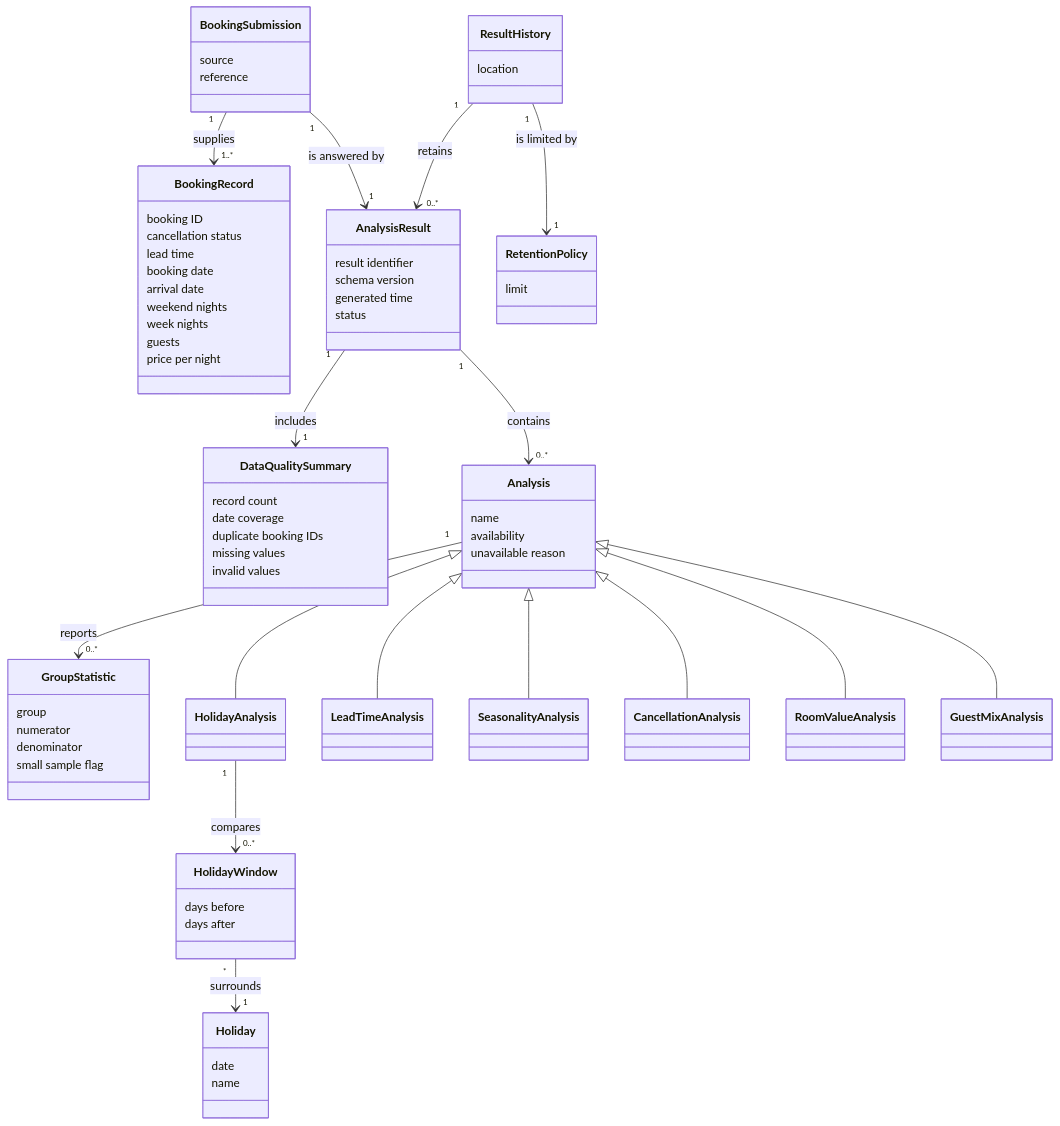
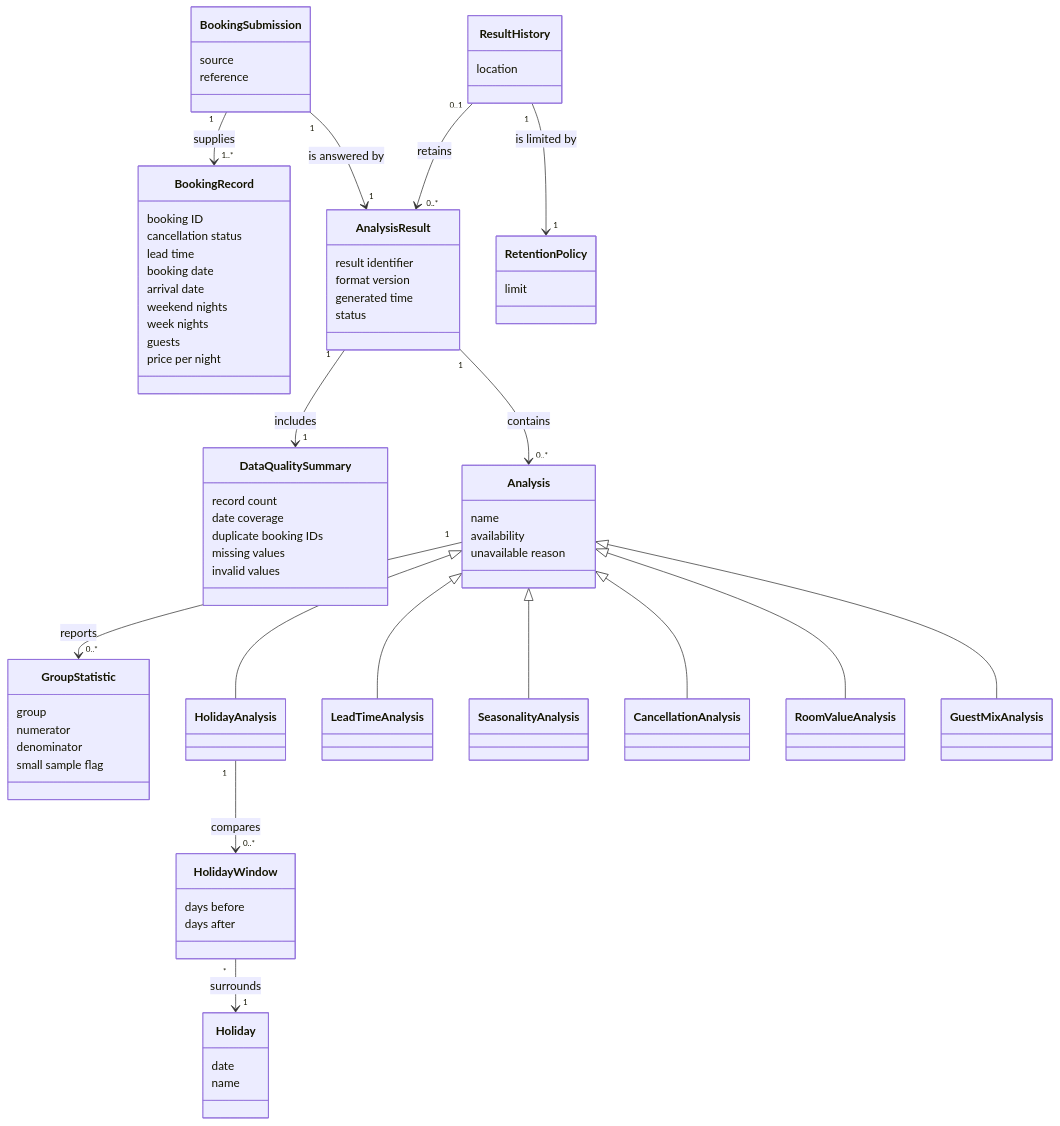
One commit to NF-Hotel/Notebook_Market_Analysis changed the diagram in docs/domain-model.md. Above: the diagram before and after it, drawn with Mermaid. The commit also changed other lines of this file and 3 other files, not shown here.

````diff
--- a/docs/domain-model.md
+++ b/docs/domain-model.md
@@ -23,71 +24,71 @@
 ```mermaid
 classDiagram
     class BookingSubmission {
         source
         reference
     }
     class BookingRecord {
         booking ID
         cancellation status
         lead time
         booking date
         arrival date
         weekend nights
         week nights
         guests
         price per night
     }
     class DataQualitySummary {
         record count
         date coverage
         duplicate booking IDs
         missing values
         invalid values
     }
     class AnalysisResult {
         result identifier
-        schema version
+        format version
         generated time
         status
     }
     class Analysis {
         name
         availability
         unavailable reason
     }
     class GroupStatistic {
         group
         numerator
         denominator
         small sample flag
     }
     class Holiday {
         date
         name
     }
     class HolidayWindow {
         days before
         days after
     }
     class ResultHistory {
         location
     }
     class RetentionPolicy {
         limit
     }
     BookingSubmission "1" --> "1..*" BookingRecord : supplies
     BookingSubmission "1" --> "1" AnalysisResult : is answered by
     AnalysisResult "1" --> "1" DataQualitySummary : includes
     AnalysisResult "1" --> "0..*" Analysis : contains
     Analysis "1" --> "0..*" GroupStatistic : reports
     HolidayAnalysis "1" --> "0..*" HolidayWindow : compares
     HolidayWindow "*" --> "1" Holiday : surrounds
-    ResultHistory "1" --> "0..*" AnalysisResult : retains
+    ResultHistory "0..1" --> "0..*" AnalysisResult : retains
     ResultHistory "1" --> "1" RetentionPolicy : is limited by
     Analysis <|-- LeadTimeAnalysis
     Analysis <|-- HolidayAnalysis
     Analysis <|-- SeasonalityAnalysis
     Analysis <|-- CancellationAnalysis
     Analysis <|-- RoomValueAnalysis
     Analysis <|-- GuestMixAnalysis
 ```
````
